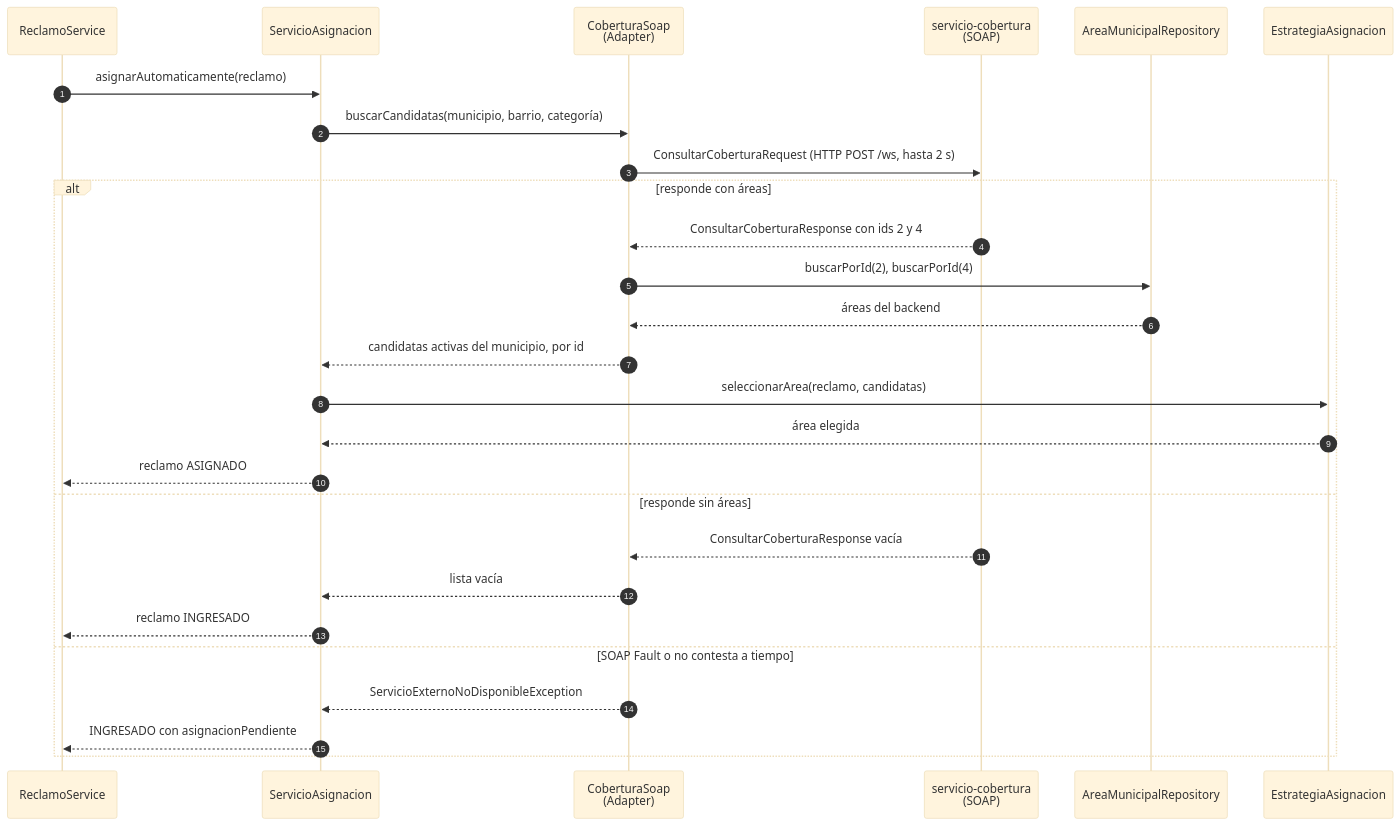
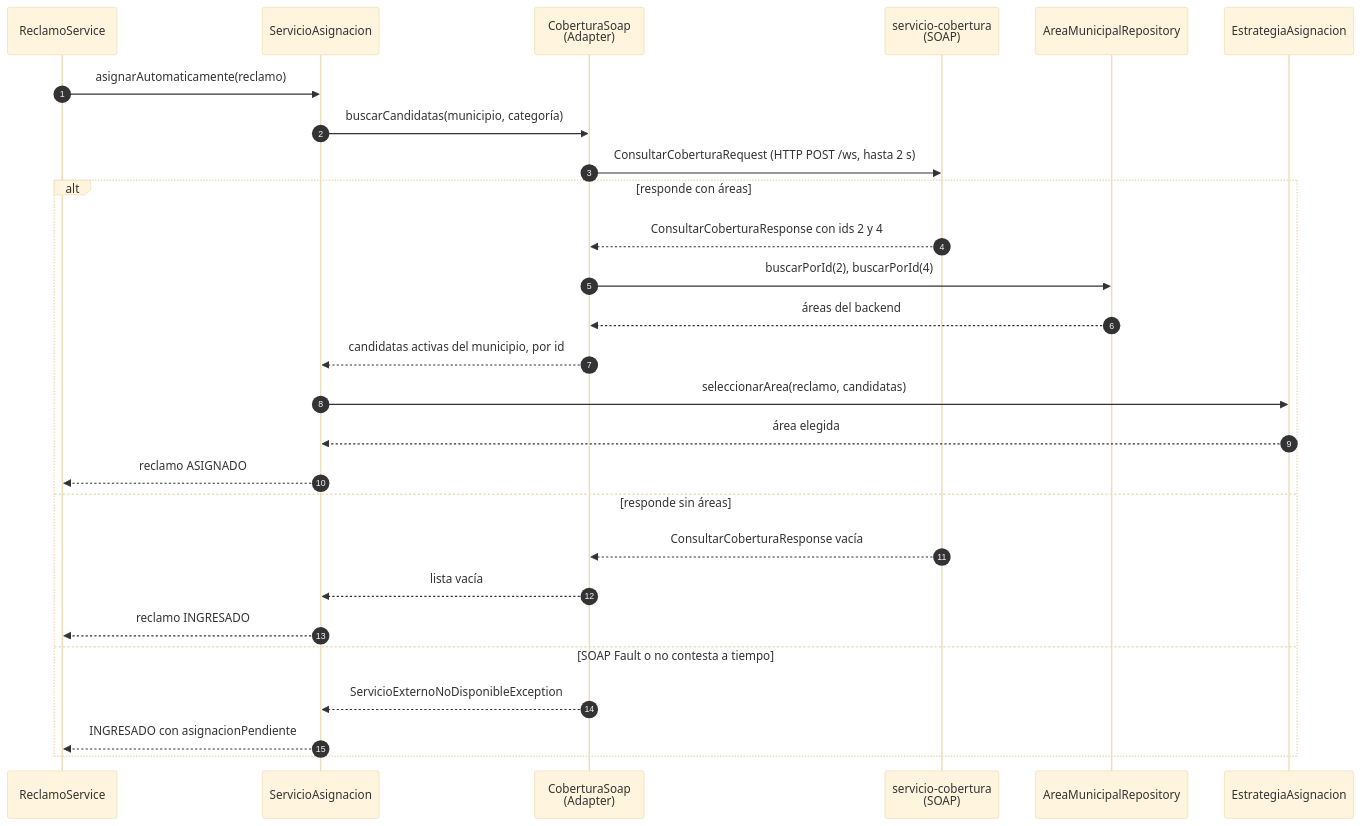
One commit to SanTegli/DesarrolloAppsIIGrupo10 changed the fifth of 13 diagrams in docs/arquitectura.md. Above: the diagram before and after it, drawn with Mermaid (base theme). The commit also changed other lines of this file and 159 other files, not shown here.

````diff
--- a/docs/arquitectura.md
+++ b/docs/arquitectura.md
@@ -382,30 +382,30 @@
 ```mermaid
 sequenceDiagram
   autonumber
   participant RS as ReclamoService
   participant SA as ServicioAsignacion
   participant CS as CoberturaSoap<br/>(Adapter)
   participant WS as servicio-cobertura<br/>(SOAP)
   participant AR as AreaMunicipalRepository
   participant EA as EstrategiaAsignacion
 
   RS->>SA: asignarAutomaticamente(reclamo)
-  SA->>CS: buscarCandidatas(municipio, barrio, categoría)
+  SA->>CS: buscarCandidatas(municipio, categoría)
   CS->>WS: ConsultarCoberturaRequest (HTTP POST /ws, hasta 2 s)
   alt responde con áreas
     WS-->>CS: ConsultarCoberturaResponse con ids 2 y 4
     CS->>AR: buscarPorId(2), buscarPorId(4)
     AR-->>CS: áreas del backend
     CS-->>SA: candidatas activas del municipio, por id
     SA->>EA: seleccionarArea(reclamo, candidatas)
     EA-->>SA: área elegida
     SA-->>RS: reclamo ASIGNADO
   else responde sin áreas
     WS-->>CS: ConsultarCoberturaResponse vacía
     CS-->>SA: lista vacía
     SA-->>RS: reclamo INGRESADO
   else SOAP Fault o no contesta a tiempo
     CS-->>SA: ServicioExternoNoDisponibleException
     SA-->>RS: INGRESADO con asignacionPendiente
   end
 ```
````
